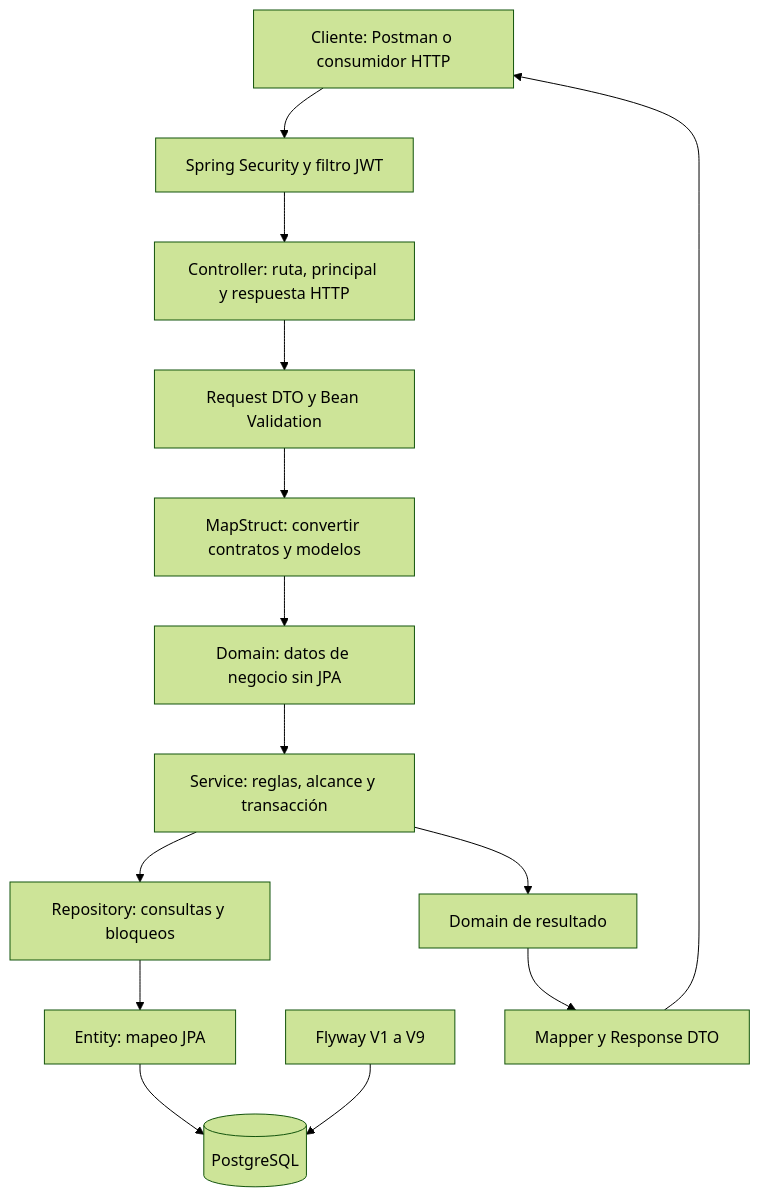
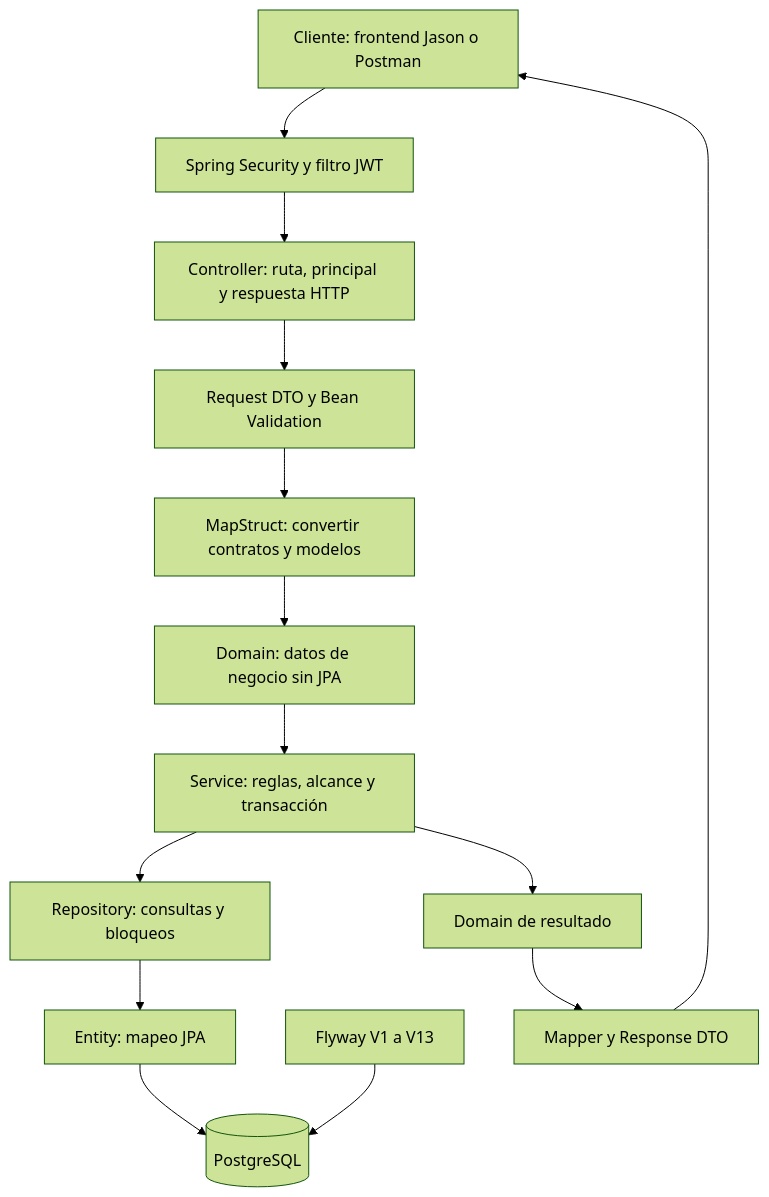
The diagram in docs/backend-final/arquitectura-backend.md (markopuch/inventario-laboratorios), drawn with Mermaid (forest theme) before and after one commit. The commit also changed other lines of this file and 44 other files, not shown here.

````diff
--- a/docs/backend-final/arquitectura-backend.md
+++ b/docs/backend-final/arquitectura-backend.md
@@ -10,16 +12,16 @@
 ```mermaid
 flowchart TD
-    cliente[Cliente: Postman o consumidor HTTP] --> seguridad[Spring Security y filtro JWT]
+    cliente[Cliente: frontend Jason o Postman] --> seguridad[Spring Security y filtro JWT]
     seguridad --> controller[Controller: ruta, principal y respuesta HTTP]
     controller --> request[Request DTO y Bean Validation]
     request --> mapper[MapStruct: convertir contratos y modelos]
     mapper --> domain[Domain: datos de negocio sin JPA]
     domain --> service[Service: reglas, alcance y transacción]
     service --> repository[Repository: consultas y bloqueos]
     repository --> entity[Entity: mapeo JPA]
     entity --> postgres[(PostgreSQL)]
-    flyway[Flyway V1 a V9] --> postgres
+    flyway[Flyway V1 a V13] --> postgres
     service --> salida[Domain de resultado]
     salida --> response[Mapper y Response DTO]
     response --> cliente
 ```
````
